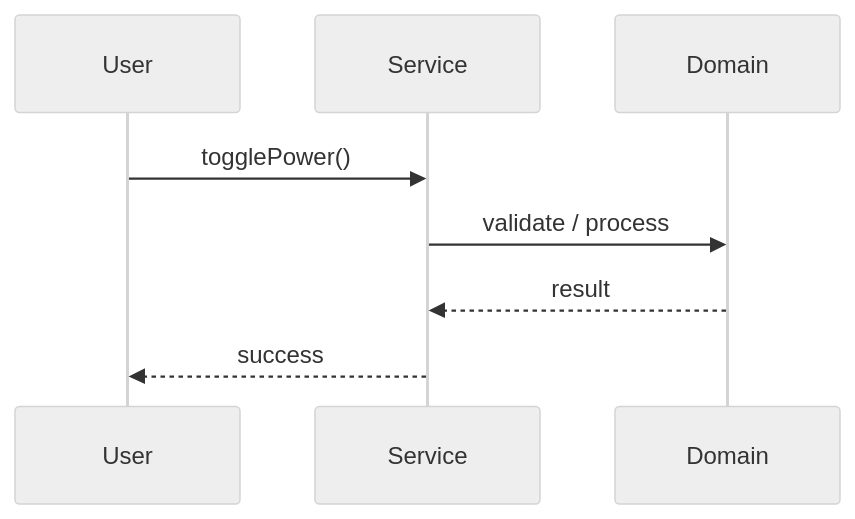
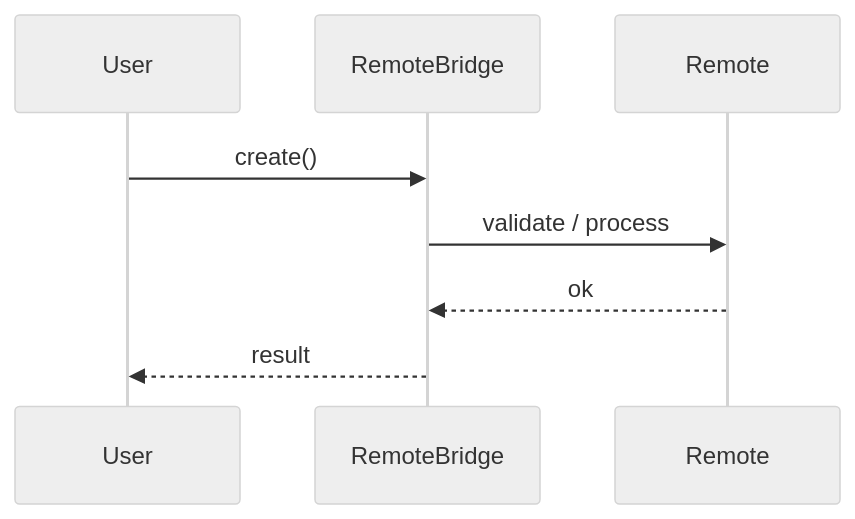
One commit to madhupaila/Interview-Prep-SSE changed the second of 3 diagrams in Learn/System Design - Low Level Design/03-design-patterns/questions/Q12-bridge-remote-control.md. Above: the diagram before and after it, drawn with Mermaid (neutral theme). The commit also changed other lines of this file and 491 other files, not shown here.

````diff
--- a/Learn/System Design - Low Level Design/03-design-patterns/questions/Q12-bridge-remote-control.md
+++ b/Learn/System Design - Low Level Design/03-design-patterns/questions/Q12-bridge-remote-control.md
@@ -121,10 +150,10 @@
 ```mermaid
 sequenceDiagram
-    participant U as User
-    participant S as Service
-    participant D as Domain
-    U->>S: togglePower()
-    S->>D: validate / process
-    D-->>S: result
-    S-->>U: success
+participant U as User
+participant S as RemoteBridge
+participant D as Remote
+U->>S: create()
+S->>D: validate / process
+D-->>S: ok
+S-->>U: result
 ```
````
